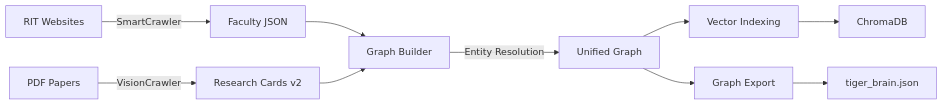
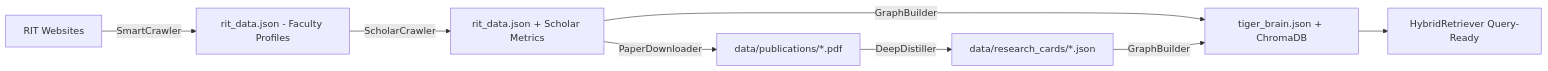
Before and after one commit to anurag2796/tiger_research_buddy: the diagram in docs/wiki/05_data_pipeline.md, drawn with Mermaid. The commit also changed other lines of this file and 7 other files, not shown here.

````diff
--- a/docs/wiki/05_data_pipeline.md
+++ b/docs/wiki/05_data_pipeline.md
@@ -25,12 +28,10 @@
 ```mermaid
 graph LR
-    A[RIT Websites] -->|SmartCrawler| B[Faculty JSON]
-    C[PDF Papers] -->|VisionCrawler| D[Research Cards v2]
-    B --> E[Graph Builder]
-    D --> E
-    E -->|Entity Resolution| F[Unified Graph]
-    F --> G[Vector Indexing]
-    F --> H[Graph Export]
-    G --> I[ChromaDB]
-    H --> J[tiger_brain.json]
+    A[RIT Websites] -->|SmartCrawler| B[rit_data.json - Faculty Profiles]
+    B -->|ScholarCrawler| C[rit_data.json + Scholar Metrics]
+    C -->|PaperDownloader| D[data/publications/*.pdf]
+    D -->|DeepDistiller| E[data/research_cards/*.json]
+    C -->|GraphBuilder| F[tiger_brain.json + ChromaDB]
+    E -->|GraphBuilder| F
+    F --> G[HybridRetriever Query-Ready]
 ```
````
